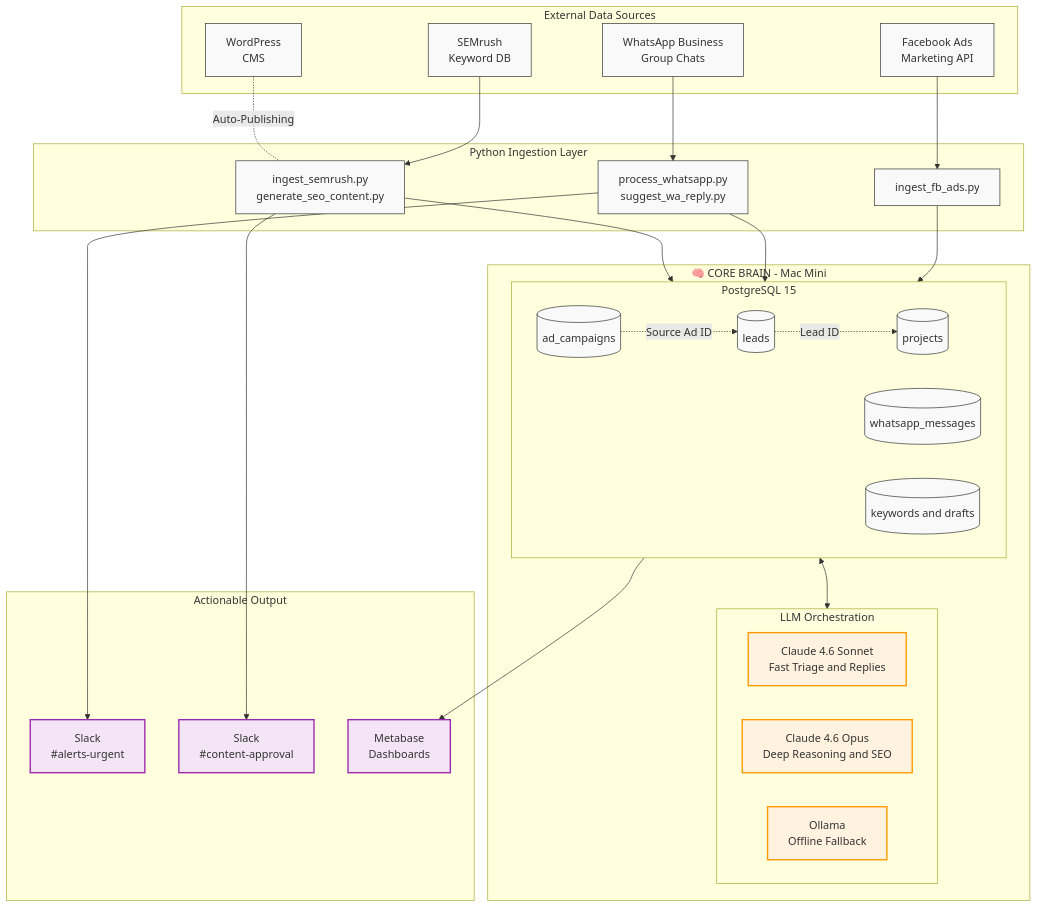
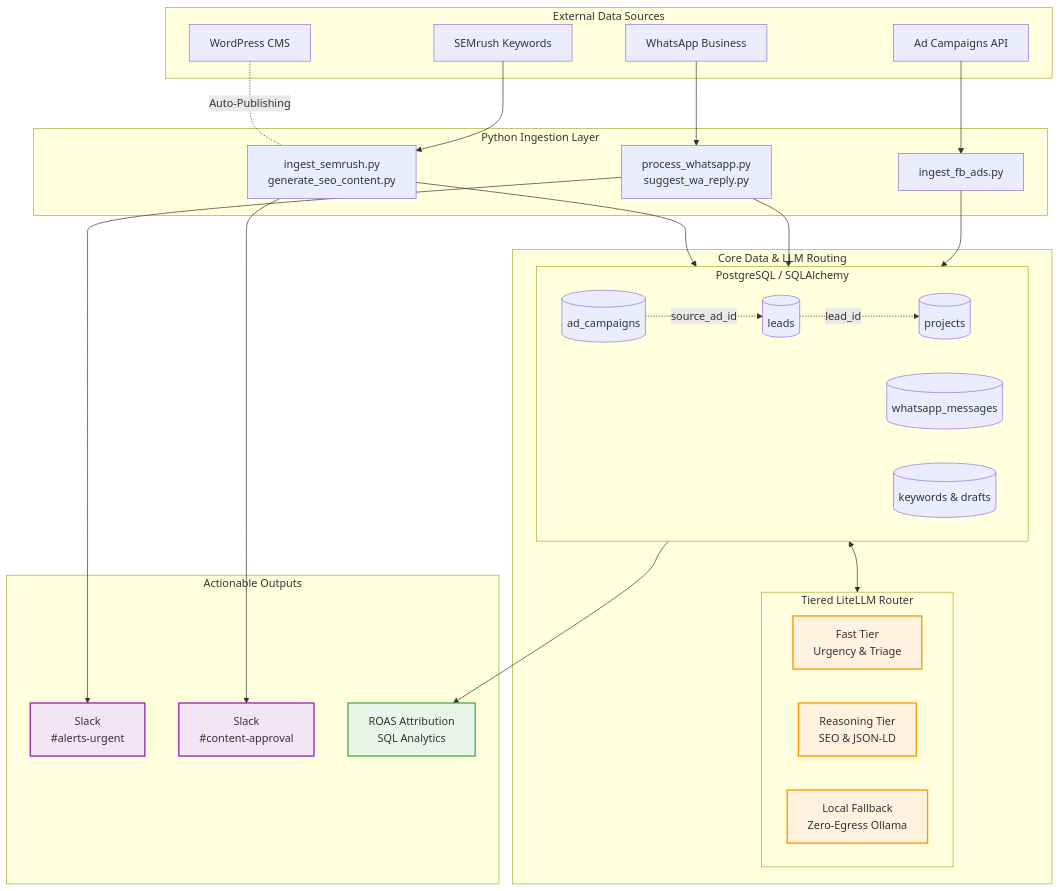
The diagram in README.md (SerjCallier/ai-system-builder-showcase), drawn with Mermaid before and after one commit. The commit also changed other lines of this file and 6 other files, not shown here.

````diff
--- a/README.md
+++ b/README.md
@@ -22,67 +27,54 @@
 ```mermaid
 graph TD
-    classDef default fill:#f9f9f9,stroke:#333,stroke-width:1px;
-    classDef highlight fill:#e1f5fe,stroke:#03a9f4,stroke-width:2px;
     classDef db fill:#e8f5e9,stroke:#4caf50,stroke-width:2px;
     classDef llm fill:#fff3e0,stroke:#ff9800,stroke-width:2px;
     classDef output fill:#f3e5f5,stroke:#9c27b0,stroke-width:2px;
 
-    %% Data Sources
     subgraph Sources [External Data Sources]
-        FB["Facebook Ads<br/>Marketing API"]
-        WA["WhatsApp Business<br/>Group Chats"]
-        SEM["SEMrush<br/>Keyword DB"]
-        WP["WordPress<br/>CMS"]
+        FB["Ad Campaigns API"]
+        WA["WhatsApp Business"]
+        SEM["SEMrush Keywords"]
+        WP["WordPress CMS"]
     end
 
-    %% Ingestion
     subgraph Ingestion [Python Ingestion Layer]
         I_FB["ingest_fb_ads.py"]
         I_WA["process_whatsapp.py<br/>suggest_wa_reply.py"]
         I_SEO["ingest_semrush.py<br/>generate_seo_content.py"]
     end
 
-    %% Central Brain
-    subgraph Brain [🧠 CORE BRAIN - Mac Mini]
-        subgraph DB [PostgreSQL 15]
+    subgraph CoreBrain [Core Data & LLM Routing]
+        subgraph DB [PostgreSQL / SQLAlchemy]
             T_ADS[("ad_campaigns")]
             T_LEADS[("leads")]
             T_PROJ[("projects")]
             T_WA[("whatsapp_messages")]
-            T_SEO[("keywords and drafts")]
+            T_SEO[("keywords & drafts")]
         end
-        
-        subgraph AI [LLM Orchestration]
-            SONNET["Claude 4.6 Sonnet<br/>Fast Triage and Replies"]:::llm
-            OPUS["Claude 4.6 Opus<br/>Deep Reasoning and SEO"]:::llm
-            LOCAL["Ollama<br/>Offline Fallback"]:::llm
+
+        subgraph AI [Tiered LiteLLM Router]
+            FAST["Fast Tier<br/>Urgency & Triage"]:::llm
+            DEEP["Reasoning Tier<br/>SEO & JSON-LD"]:::llm
+            LOCAL["Local Fallback<br/>Zero-Egress Ollama"]:::llm
         end
     end
 
-    %% Output
-    subgraph Output [Actionable Output]
+    subgraph Output [Actionable Outputs]
         S_URG["Slack<br/>#alerts-urgent"]:::output
         S_APP["Slack<br/>#content-approval"]:::output
-        META["Metabase<br/>Dashboards"]:::output
+        ATTR["ROAS Attribution<br/>SQL Analytics"]:::db
     end
 
-    %% Flows
-    FB --> I_FB
-    WA --> I_WA
-    SEM --> I_SEO
+    FB --> I_FB --> DB
+    WA --> I_WA --> DB
+    SEM --> I_SEO --> DB
     WP -. Auto-Publishing .- I_SEO
-    
-    I_FB --> DB
-    I_WA --> DB
-    I_SEO --> DB
-    
+
     DB <--> AI
-    
     I_WA --> S_URG
     I_SEO --> S_APP
-    DB --> META
+    DB --> ATTR
 
-    %% Attribution link styling
-    T_ADS -. "Source Ad ID" .-> T_LEADS
-    T_LEADS -. "Lead ID" .-> T_PROJ
+    T_ADS -. "source_ad_id" .-> T_LEADS
+    T_LEADS -. "lead_id" .-> T_PROJ
 ```
````
